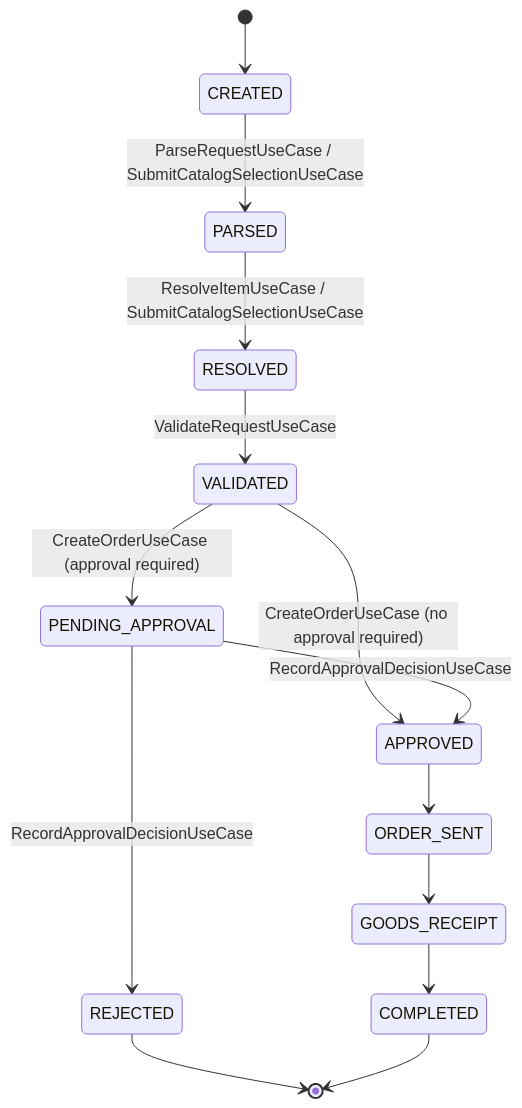
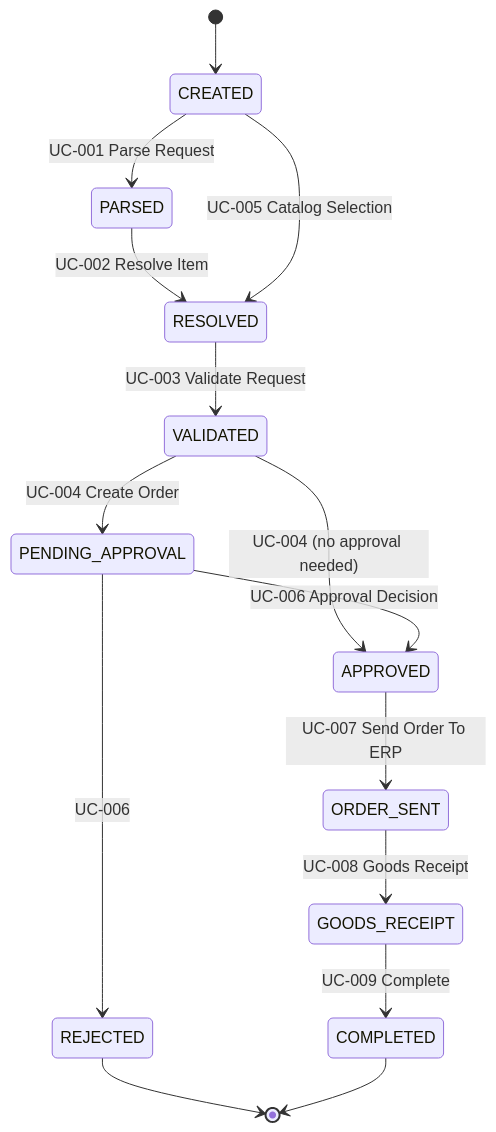
The second of 2 diagrams in README.md (zTK47/Procurement-Orchestrator-Project), drawn with Mermaid before and after one commit. The commit also changed other lines of this file and 57 other files, not shown here.

````diff
--- a/README.md
+++ b/README.md
@@ -78,16 +28,17 @@
 ```mermaid
 stateDiagram-v2
     [*] --> CREATED
-    CREATED --> PARSED : ParseRequestUseCase / SubmitCatalogSelectionUseCase
-    PARSED --> RESOLVED : ResolveItemUseCase / SubmitCatalogSelectionUseCase
-    RESOLVED --> VALIDATED : ValidateRequestUseCase
-    VALIDATED --> PENDING_APPROVAL : CreateOrderUseCase (approval required)
-    VALIDATED --> APPROVED : CreateOrderUseCase (no approval required)
-    PENDING_APPROVAL --> APPROVED : RecordApprovalDecisionUseCase
-    PENDING_APPROVAL --> REJECTED : RecordApprovalDecisionUseCase
-    APPROVED --> ORDER_SENT
-    ORDER_SENT --> GOODS_RECEIPT
-    GOODS_RECEIPT --> COMPLETED
+    CREATED --> PARSED : UC-001 Parse Request
+    PARSED --> RESOLVED : UC-002 Resolve Item
+    CREATED --> RESOLVED : UC-005 Catalog Selection
+    RESOLVED --> VALIDATED : UC-003 Validate Request
+    VALIDATED --> PENDING_APPROVAL : UC-004 Create Order
+    VALIDATED --> APPROVED : UC-004 (no approval needed)
+    PENDING_APPROVAL --> APPROVED : UC-006 Approval Decision
+    PENDING_APPROVAL --> REJECTED : UC-006
+    APPROVED --> ORDER_SENT : UC-007 Send Order To ERP
+    ORDER_SENT --> GOODS_RECEIPT : UC-008 Goods Receipt
+    GOODS_RECEIPT --> COMPLETED : UC-009 Complete
     REJECTED --> [*]
     COMPLETED --> [*]
 ```
````
